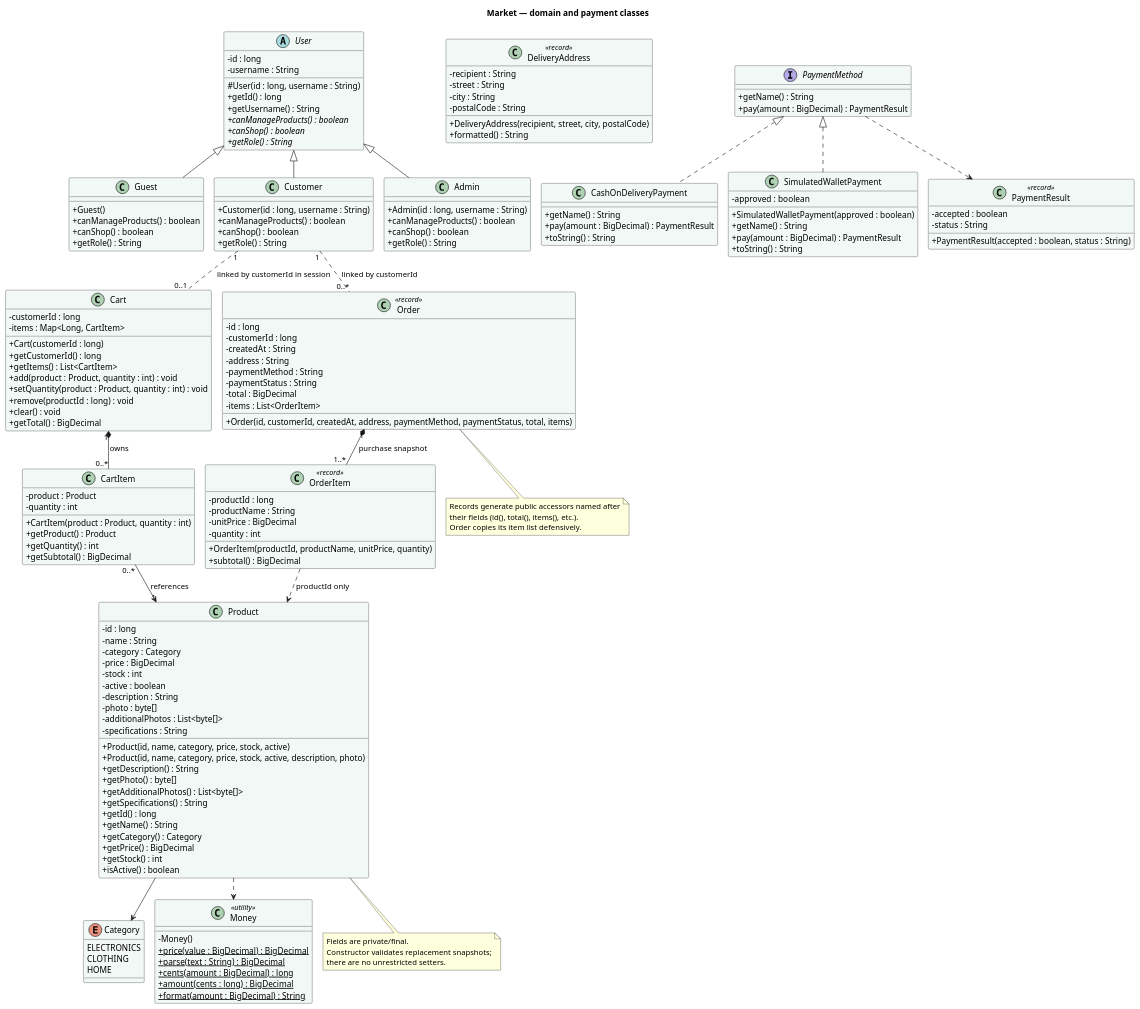
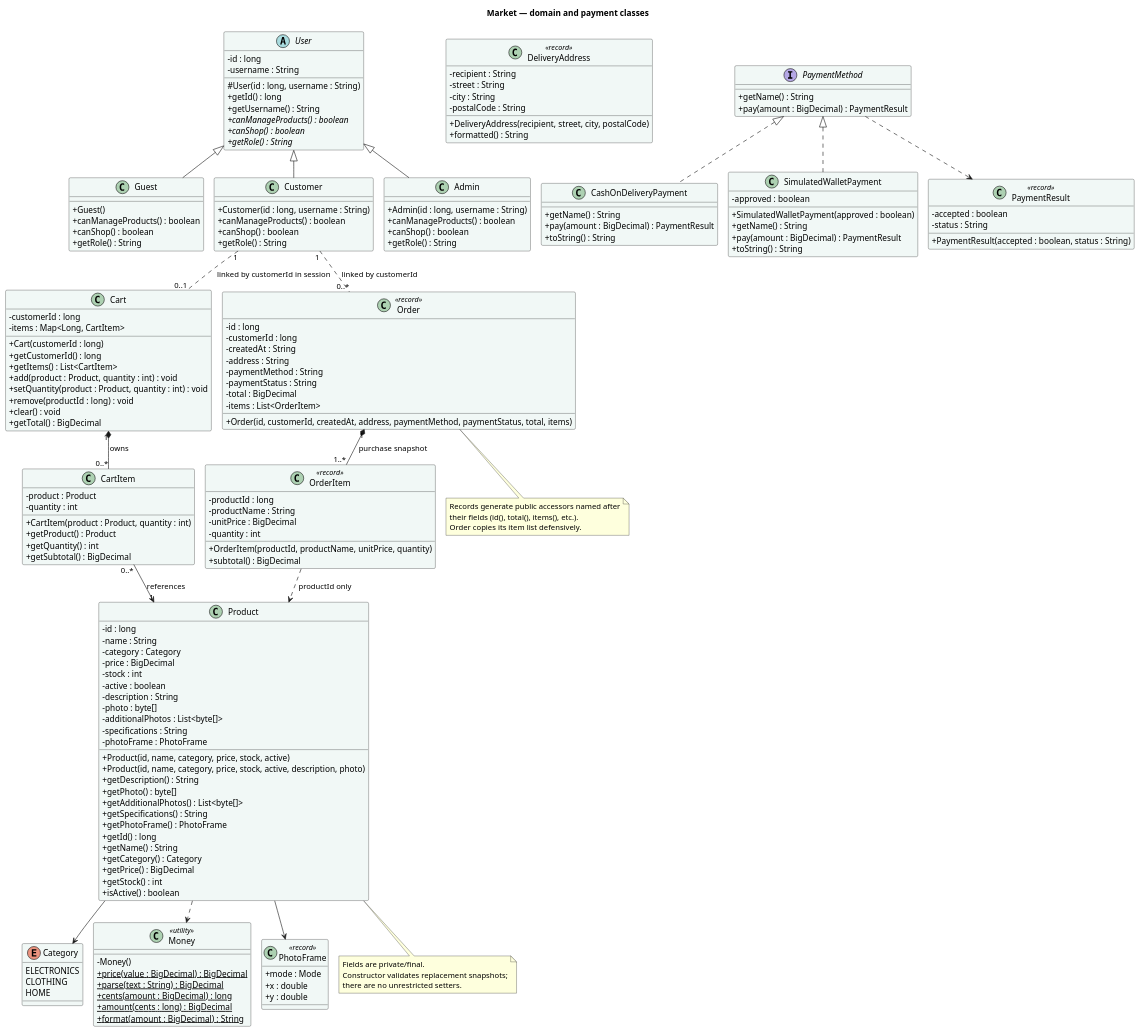
Before and after one commit to markreeveconsul/E-commerce-Project: the first of 2 diagrams in docs/classes.puml, drawn with PlantUML. The commit also changed other lines of this file and 42 other files, not shown here.

```diff
--- a/docs/classes.puml
+++ b/docs/classes.puml
@@ -1,165 +1,173 @@
 @startuml domain
 !pragma layout smetana
 skinparam classAttributeIconSize 0
 skinparam shadowing false
 skinparam backgroundColor #FFFFFF
 skinparam classBackgroundColor #F1F8F6
 title Market — domain and payment classes
 abstract class User {
   -id : long
   -username : String
   #User(id : long, username : String)
   +getId() : long
   +getUsername() : String
   {abstract} +canManageProducts() : boolean
   {abstract} +canShop() : boolean
   {abstract} +getRole() : String
 }
 class Guest {
   +Guest()
   +canManageProducts() : boolean
   +canShop() : boolean
   +getRole() : String
 }
 class DeliveryAddress <<record>> {
   -recipient : String
   -street : String
   -city : String
   -postalCode : String
   +DeliveryAddress(recipient, street, city, postalCode)
   +formatted() : String
 }
 class Customer {
   +Customer(id : long, username : String)
   +canManageProducts() : boolean
   +canShop() : boolean
   +getRole() : String
 }
 class Admin {
   +Admin(id : long, username : String)
   +canManageProducts() : boolean
   +canShop() : boolean
   +getRole() : String
 }
 enum Category {
   ELECTRONICS
   CLOTHING
   HOME
 }
 class Product {
   -id : long
   -name : String
   -category : Category
   -price : BigDecimal
   -stock : int
   -active : boolean
   -description : String
   -photo : byte[]
   -additionalPhotos : List<byte[]>
   -specifications : String
+  -photoFrame : PhotoFrame
   +Product(id, name, category, price, stock, active)
   +Product(id, name, category, price, stock, active, description, photo)
   +getDescription() : String
   +getPhoto() : byte[]
   +getAdditionalPhotos() : List<byte[]>
   +getSpecifications() : String
+  +getPhotoFrame() : PhotoFrame
   +getId() : long
   +getName() : String
   +getCategory() : Category
   +getPrice() : BigDecimal
   +getStock() : int
   +isActive() : boolean
 }
 class Cart {
   -customerId : long
   -items : Map<Long, CartItem>
   +Cart(customerId : long)
   +getCustomerId() : long
   +getItems() : List<CartItem>
   +add(product : Product, quantity : int) : void
   +setQuantity(product : Product, quantity : int) : void
   +remove(productId : long) : void
   +clear() : void
   +getTotal() : BigDecimal
 }
 class CartItem {
   -product : Product
   -quantity : int
   +CartItem(product : Product, quantity : int)
   +getProduct() : Product
   +getQuantity() : int
   +getSubtotal() : BigDecimal
 }
 class Order <<record>> {
   -id : long
   -customerId : long
   -createdAt : String
   -address : String
   -paymentMethod : String
   -paymentStatus : String
   -total : BigDecimal
   -items : List<OrderItem>
   +Order(id, customerId, createdAt, address, paymentMethod, paymentStatus, total, items)
 }
 class OrderItem <<record>> {
   -productId : long
   -productName : String
   -unitPrice : BigDecimal
   -quantity : int
   +OrderItem(productId, productName, unitPrice, quantity)
   +subtotal() : BigDecimal
 }
 class Money <<utility>> {
   -Money()
   {static} +price(value : BigDecimal) : BigDecimal
   {static} +parse(text : String) : BigDecimal
   {static} +cents(amount : BigDecimal) : long
   {static} +amount(cents : long) : BigDecimal
   {static} +format(amount : BigDecimal) : String
 }
 interface PaymentMethod {
   +getName() : String
   +pay(amount : BigDecimal) : PaymentResult
 }
 class CashOnDeliveryPayment {
   +getName() : String
   +pay(amount : BigDecimal) : PaymentResult
   +toString() : String
 }
 class SimulatedWalletPayment {
   -approved : boolean
   +SimulatedWalletPayment(approved : boolean)
   +getName() : String
   +pay(amount : BigDecimal) : PaymentResult
   +toString() : String
 }
 class PaymentResult <<record>> {
   -accepted : boolean
   -status : String
   +PaymentResult(accepted : boolean, status : String)
 }
 User <|-- Guest
 User <|-- Customer
 User <|-- Admin
 Cart "1" *-- "0..*" CartItem : owns
 CartItem "0..*" --> "1" Product : references
 Order "1" *-- "1..*" OrderItem : purchase snapshot
+class PhotoFrame <<record>> {
+  +mode : Mode
+  +x : double
+  +y : double
+}
+Product --> PhotoFrame
 Product --> Category
 Product ..> Money
 PaymentMethod <|.. CashOnDeliveryPayment
 PaymentMethod <|.. SimulatedWalletPayment
 PaymentMethod ..> PaymentResult
 Customer "1" .. "0..*" Order : linked by customerId
 Customer "1" .. "0..1" Cart : linked by customerId in session
 OrderItem ..> Product : productId only
 note bottom of Order
 Records generate public accessors named after
 their fields (id(), total(), items(), etc.).
 Order copies its item list defensively.
 end note
 note bottom of Product
 Fields are private/final.
 Constructor validates replacement snapshots;
 there are no unrestricted setters.
 end note
 @enduml
```
